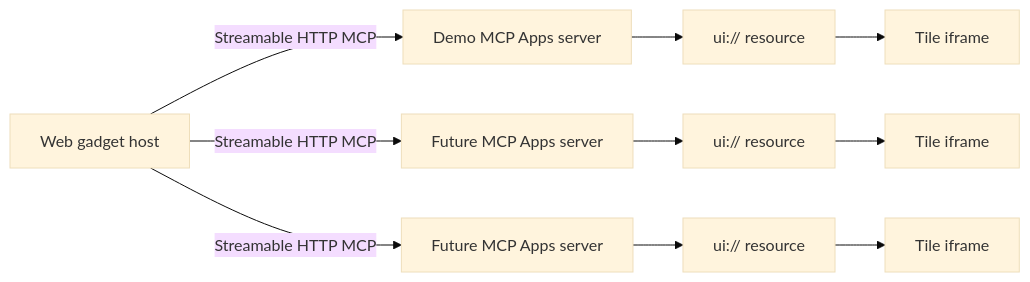
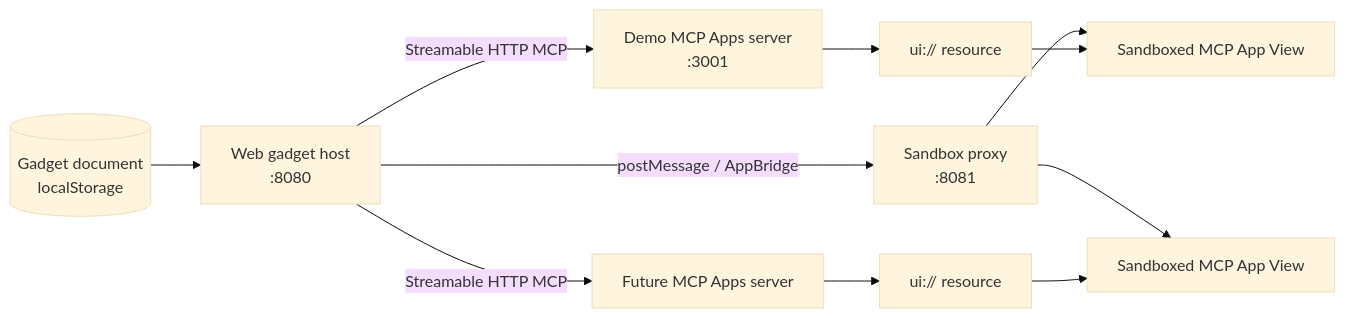
One commit to yu-iskw/mcp-apps-gadgets changed the diagram in docs/experiment.md. Above: the diagram before and after it, drawn with Mermaid (base theme). The commit also changed other lines of this file, not shown here.

Commit message:
docs: record completed gadget experiments

````diff
--- a/docs/experiment.md
+++ b/docs/experiment.md
@@ -13,12 +13,13 @@
 ```mermaid
 flowchart LR
-  Browser[Web gadget host] -->|Streamable HTTP MCP| A[Demo MCP Apps server]
-  Browser -->|Streamable HTTP MCP| B[Future MCP Apps server]
-  Browser -->|Streamable HTTP MCP| C[Future MCP Apps server]
+  D[(Gadget document\nlocalStorage)] --> H[Web gadget host\n:8080]
+  H -->|Streamable HTTP MCP| A[Demo MCP Apps server\n:3001]
+  H -->|Streamable HTTP MCP| B[Future MCP Apps server]
   A --> UA[ui:// resource]
   B --> UB[ui:// resource]
-  C --> UC[ui:// resource]
-  UA --> T1[Tile iframe]
-  UB --> T2[Tile iframe]
-  UC --> T3[Tile iframe]
+  H -->|postMessage / AppBridge| S[Sandbox proxy\n:8081]
+  S --> V1[Sandboxed MCP App View]
+  S --> V2[Sandboxed MCP App View]
+  UA --> V1
+  UB --> V2
 ```
````
